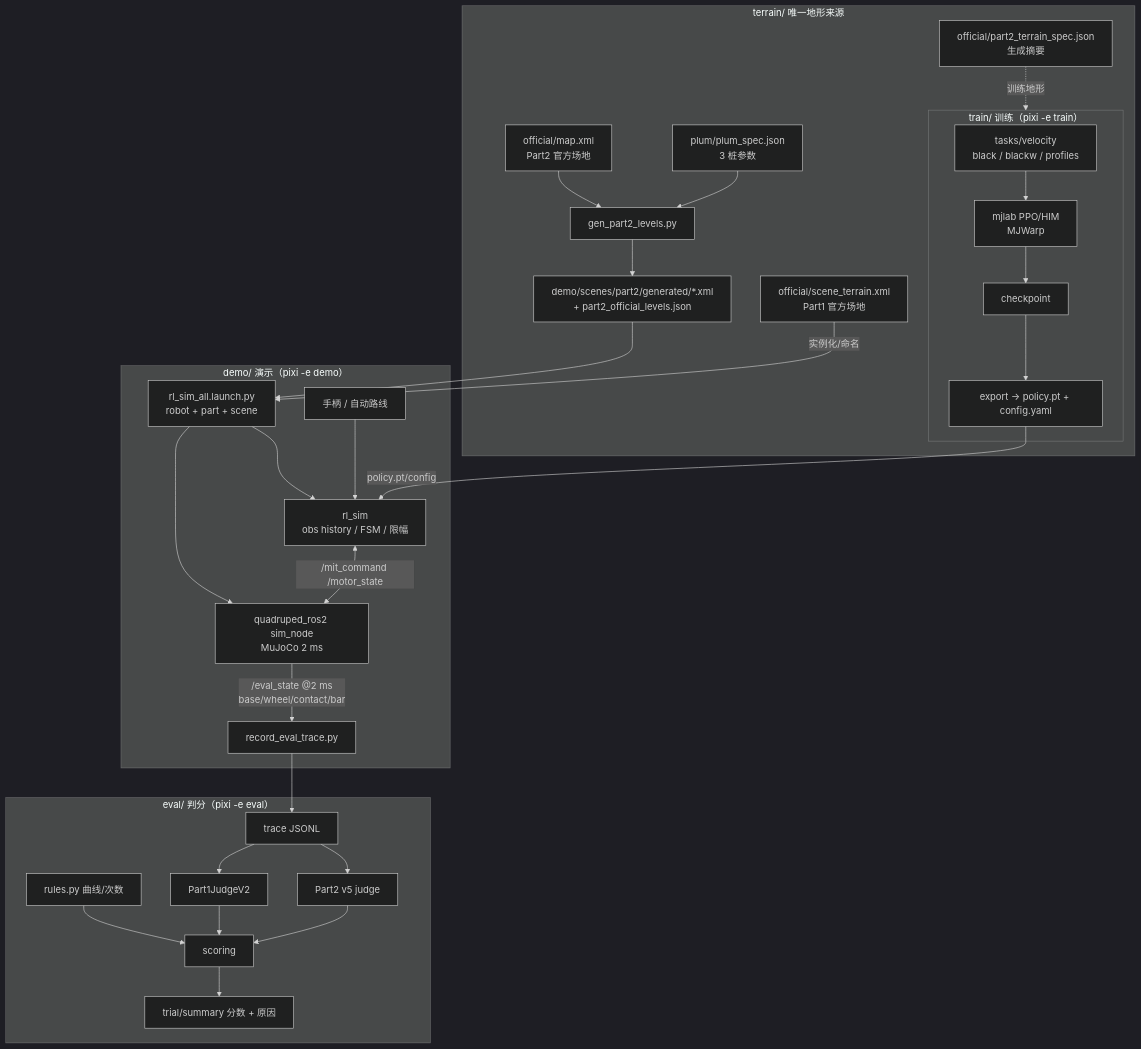
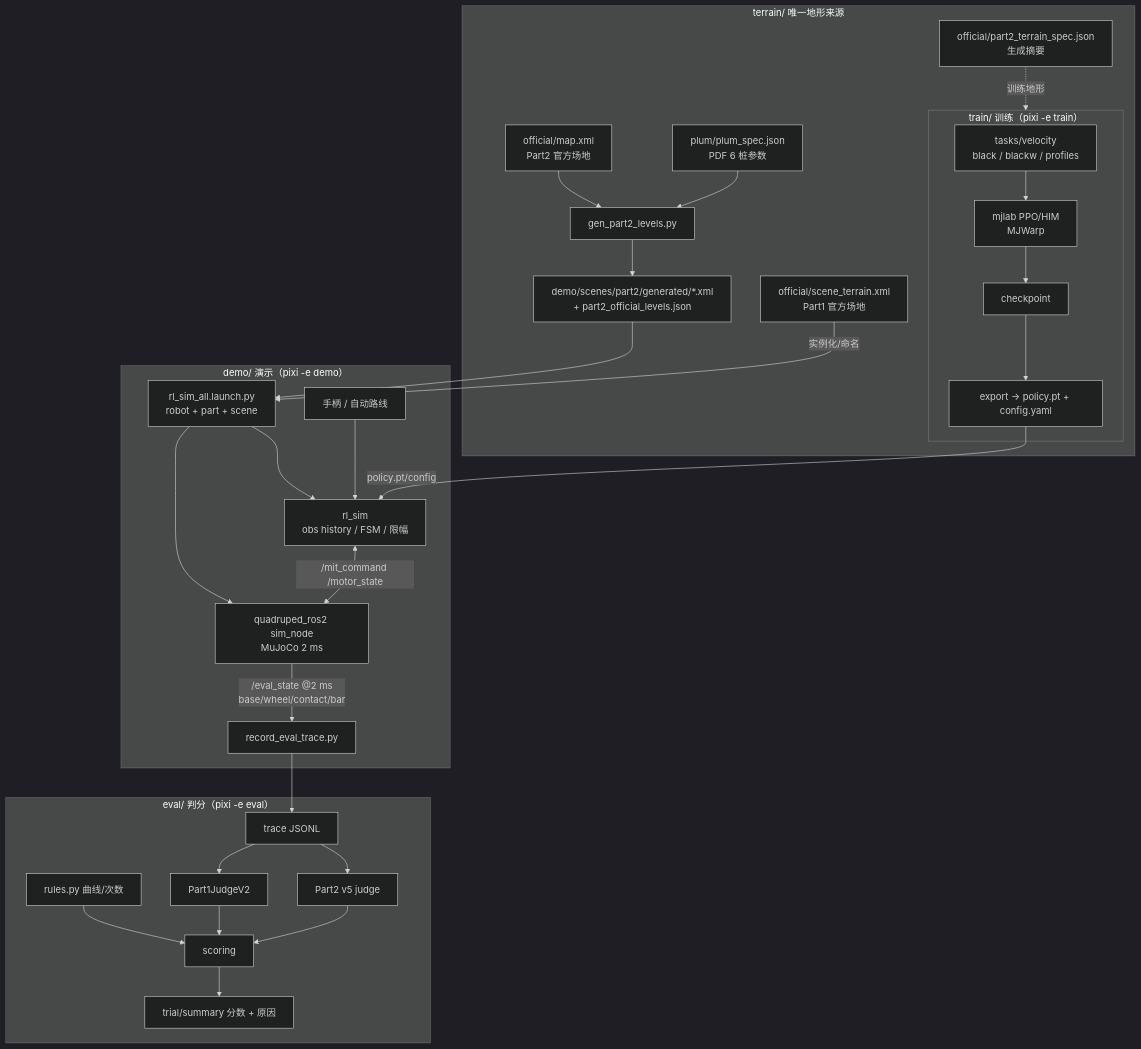
Before and after one commit to What410802/robocon-lean: the first of 2 diagrams in docs/ARCHITECTURE.md, drawn with Mermaid (dark theme). The commit also changed other lines of this file and 29 other files, not shown here.

````diff
--- a/docs/ARCHITECTURE.md
+++ b/docs/ARCHITECTURE.md
@@ -8,42 +8,42 @@
 ```mermaid
 flowchart TB
     subgraph TERRAIN["terrain/ 唯一地形来源"]
         MAP["official/map.xml<br/>Part2 官方场地"]
         P1["official/scene_terrain.xml<br/>Part1 官方场地"]
         SPEC["official/part2_terrain_spec.json<br/>生成摘要"]
-        PLUM["plum/plum_spec.json<br/>3 桩参数"]
+        PLUM["plum/plum_spec.json<br/>PDF 6 桩参数"]
         GEN["gen_part2_levels.py"]
         MAP --> GEN
         PLUM --> GEN
         GEN --> SCENES["demo/scenes/part2/generated/*.xml<br/>+ part2_official_levels.json"]
         SPEC -. 训练地形.-> TRAIN
     end
 
     subgraph TRAIN["train/ 训练（pixi -e train）"]
         TASKS["tasks/velocity<br/>black / blackw / profiles"] --> ENV["mjlab PPO/HIM<br/>MJWarp"]
         ENV --> CKPT["checkpoint"]
         CKPT --> EXP["export -> policy.pt + config.yaml"]
     end
 
     subgraph DEMO["demo/ 演示（pixi -e demo）"]
         LAUNCH["rl_sim_all.launch.py<br/>robot + part + scene"] --> RL["rl_sim<br/>obs history / FSM / 限幅"]
         LAUNCH --> SIM["quadruped_ros2 sim_node<br/>MuJoCo 2 ms"]
         RL <-->|"/mit_command /motor_state"| SIM
         SIM -->|"/eval_state @2 ms<br/>base/wheel/contact/bar"| REC["record_eval_trace.py"]
         JOY["手柄 / 自动路线"] --> RL
     end
 
     subgraph EVAL["eval/ 判分（pixi -e eval）"]
         TRACE["trace JSONL"] --> P1J["Part1JudgeV2"]
         TRACE --> P2J["Part2 v5 judge"]
         RULES["rules.py 曲线/次数"] --> SCORE["scoring"]
         P1J --> SCORE
         P2J --> SCORE
         SCORE --> REPORT["trial/summary 分数 + 原因"]
     end
 
     EXP -->|policy.pt/config| RL
     SCENES --> LAUNCH
     P1 -->|实例化/命名| LAUNCH
     REC --> TRACE
 ```
````
